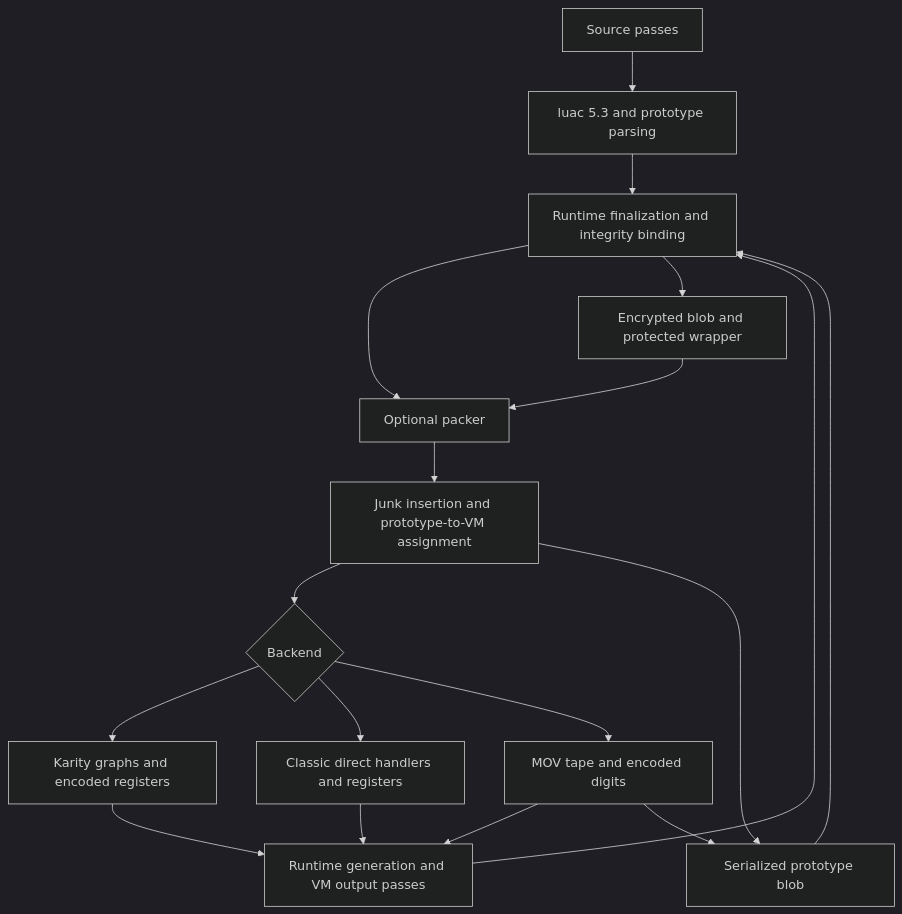
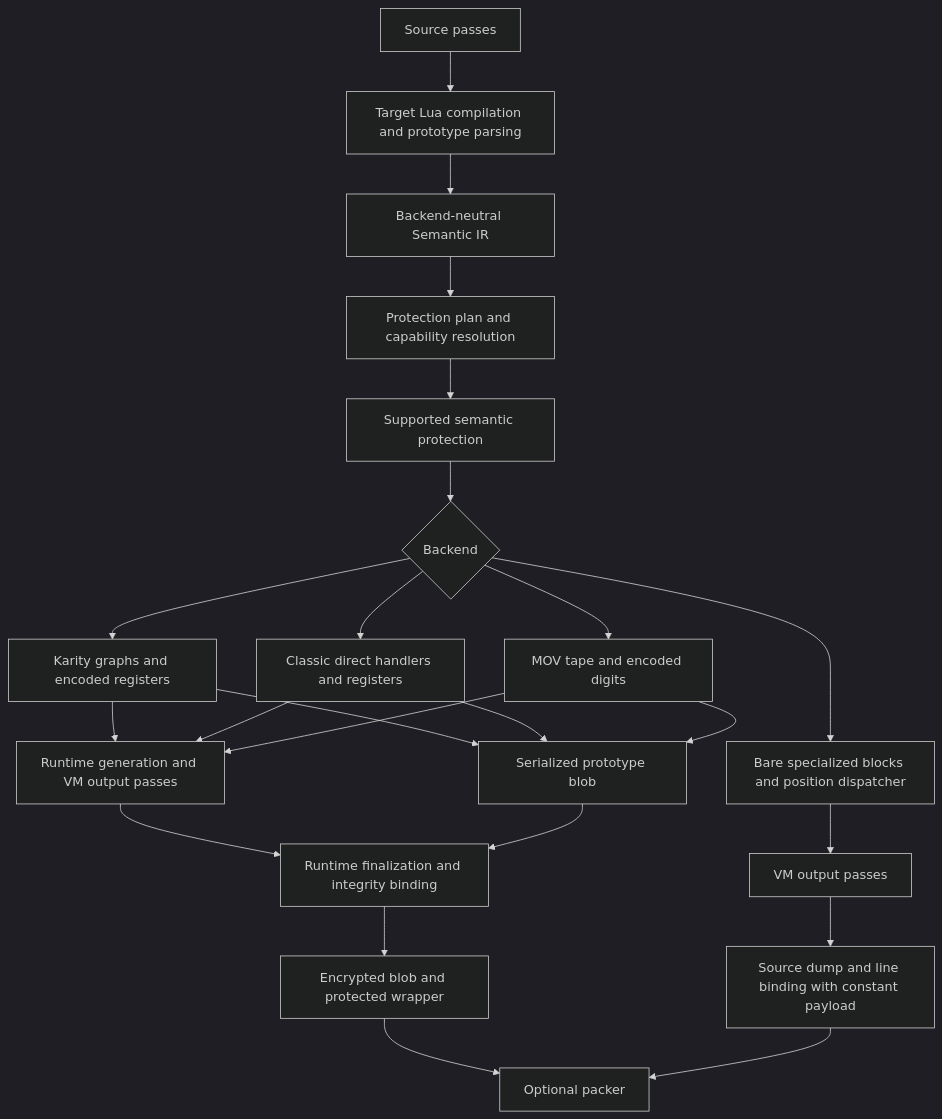
One commit to karity-0/karity-obfuscator changed the first of 4 diagrams in docs/backends.md. Above: the diagram before and after it, drawn with Mermaid (dark theme). The commit also changed other lines of this file and 54 other files, not shown here.

````diff
--- a/docs/backends.md
+++ b/docs/backends.md
@@ -23,20 +24,25 @@
 ```mermaid
 flowchart TD
-    S[Source passes] --> C[luac 5.3 and prototype parsing]
+    S[Source passes] --> C[Target Lua compilation and prototype parsing]
     C --> I[Backend-neutral Semantic IR]
     I --> P[Protection plan and capability resolution]
-    P --> A[Junk insertion and prototype-to-VM assignment]
+    P --> A[Supported semantic protection]
     A --> B{Backend}
     B --> K[Karity graphs and encoded registers]
     B --> L[Classic direct handlers and registers]
     B --> M[MOV tape and encoded digits]
+    B --> BA[Bare specialized blocks and position dispatcher]
+    BA --> BO[VM output passes]
+    BO --> BI[Source dump and line binding with constant payload]
     K --> R[Runtime generation and VM output passes]
     L --> R
     M --> R
-    A --> D[Serialized prototype blob]
+    K --> D[Serialized prototype blob]
+    L --> D
     M --> D
-    R --> I[Runtime finalization and integrity binding]
-    D --> I
-    I --> W[Encrypted blob and protected wrapper]
-    W --> P[Optional packer]
+    R --> F[Runtime finalization and integrity binding]
+    D --> F
+    F --> W[Encrypted blob and protected wrapper]
+    W --> PK[Optional packer]
+    BI --> PK
 ```
````
